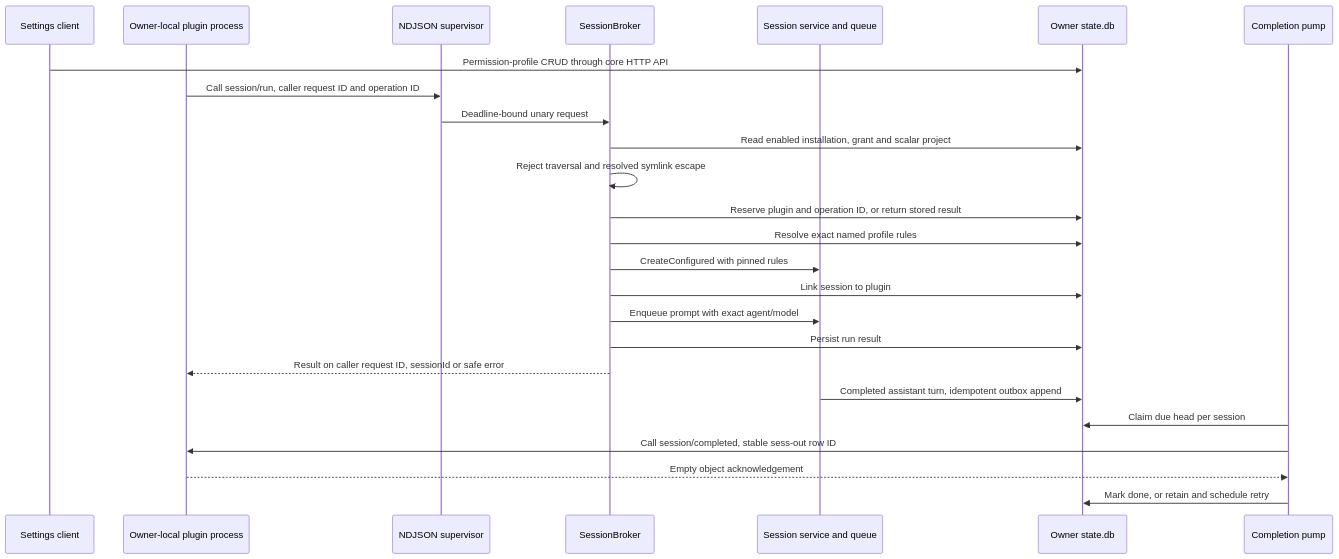
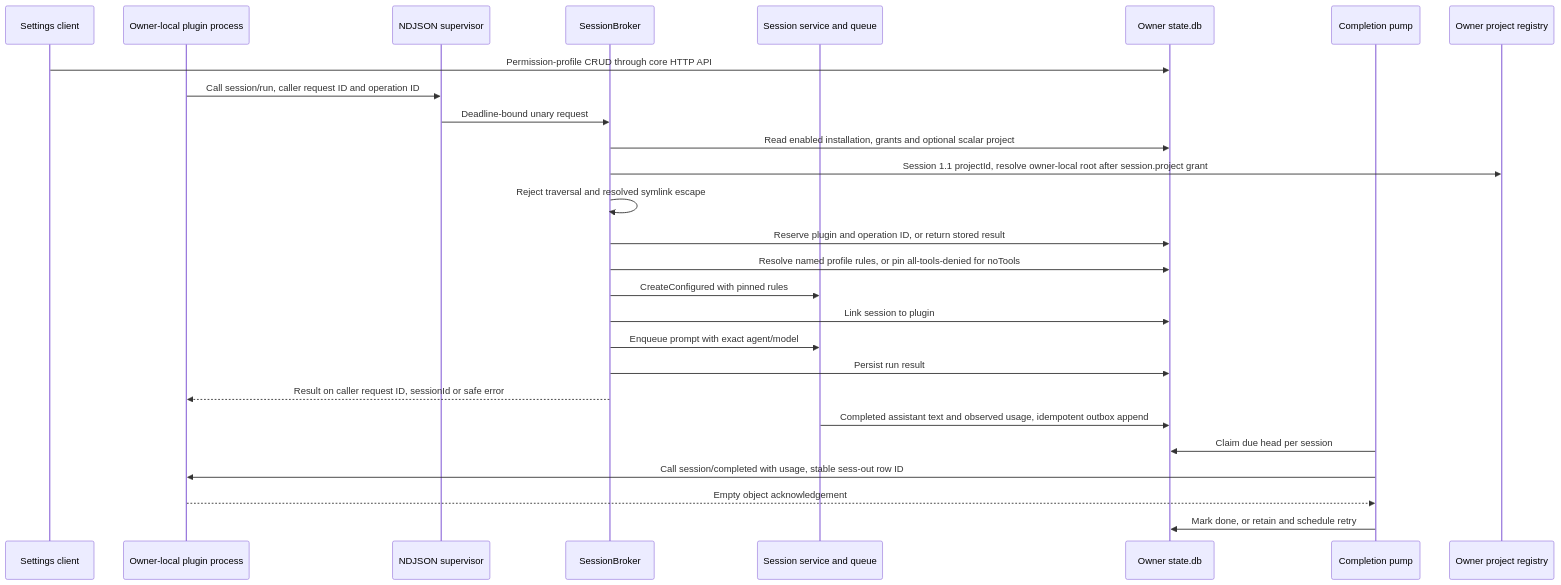
Before and after one commit to ocman/ocman: the sixth of 6 diagrams in docs/other/architecture.md, drawn with Mermaid. The commit also changed other lines of this file and 17 other files, not shown here.

Commit message:
feat(plugins): support project-scoped model sessions and usage

````diff
--- a/docs/other/architecture.md
+++ b/docs/other/architecture.md
@@ -1241,28 +1241,30 @@
 ```mermaid
 sequenceDiagram
     participant U as Settings client
     participant P as Owner-local plugin process
     participant T as NDJSON supervisor
     participant B as SessionBroker
     participant S as Session service and queue
     participant D as Owner state.db
     participant O as Completion pump
+    participant R as Owner project registry
 
     U->>D: Permission-profile CRUD through core HTTP API
     P->>T: Call session/run, caller request ID and operation ID
     T->>B: Deadline-bound unary request
-    B->>D: Read enabled installation, grant and scalar project
+    B->>D: Read enabled installation, grants and optional scalar project
+    B->>R: Session 1.1 projectId, resolve owner-local root after session.project grant
     B->>B: Reject traversal and resolved symlink escape
     B->>D: Reserve plugin and operation ID, or return stored result
-    B->>D: Resolve exact named profile rules
+    B->>D: Resolve named profile rules, or pin all-tools-denied for noTools
     B->>S: CreateConfigured with pinned rules
     B->>D: Link session to plugin
     B->>S: Enqueue prompt with exact agent/model
     B->>D: Persist run result
     B-->>P: Result on caller request ID, sessionId or safe error
-    S->>D: Completed assistant turn, idempotent outbox append
+    S->>D: Completed assistant text and observed usage, idempotent outbox append
     O->>D: Claim due head per session
-    O->>P: Call session/completed, stable sess-out row ID
+    O->>P: Call session/completed with usage, stable sess-out row ID
     P-->>O: Empty object acknowledgement
     O->>D: Mark done, or retain and schedule retry
 ```
````
